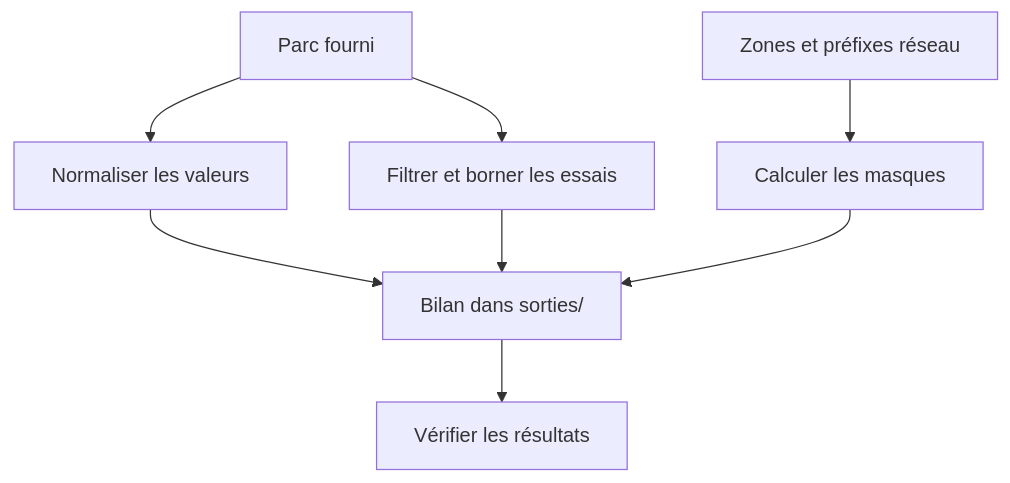
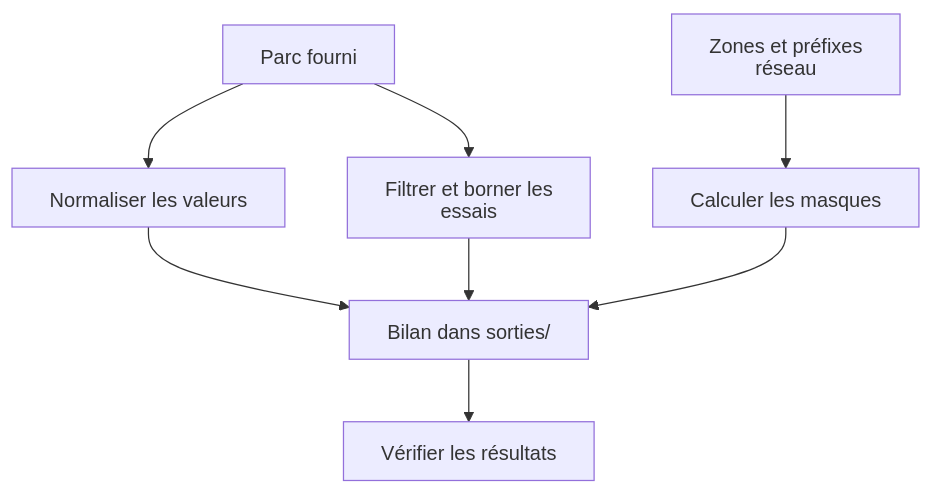
Before and after one commit to lapeyrade/formation-python: the diagram in ateliers/01/README.md, drawn with Mermaid. The commit also changed other lines of this file and 17 other files, not shown here.

````diff
--- a/ateliers/01/README.md
+++ b/ateliers/01/README.md
@@ -48,12 +50,13 @@
 ```mermaid
+%%{init: {"htmlLabels": false, "flowchart": {"htmlLabels": false}}}%%
 flowchart TD
   accTitle: Les trois traitements du TP01
   accDescr: Le parc est normalisé pour produire un bilan et utilisé pour prioriser les contrôles. Le plan réseau sert au calcul des masques. Les trois blocs alimentent le bilan du TP.
   P["Parc fourni"] --> N["Normaliser les valeurs"]
-  P --> C["Filtrer et borner les essais"]
-  Z["Zones et préfixes réseau"] --> M["Calculer les masques"]
+  P --> C["Filtrer et borner les<br/>essais"]
+  Z["Zones et préfixes<br/>réseau"] --> M["Calculer les masques"]
   N --> B["Bilan dans sorties/"]
   C --> B
   M --> B
   B --> V["Vérifier les résultats"]
 ```
````
